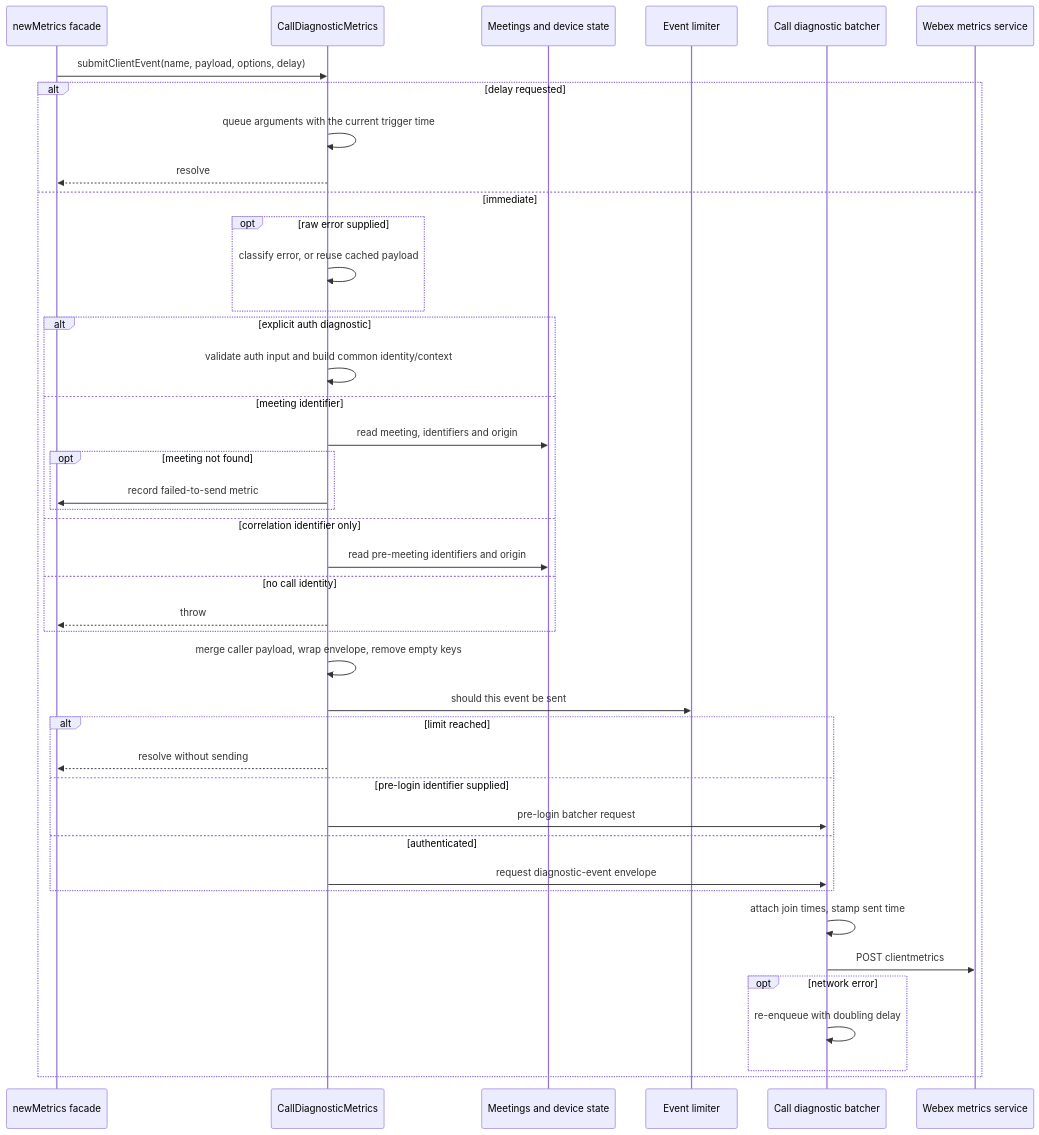
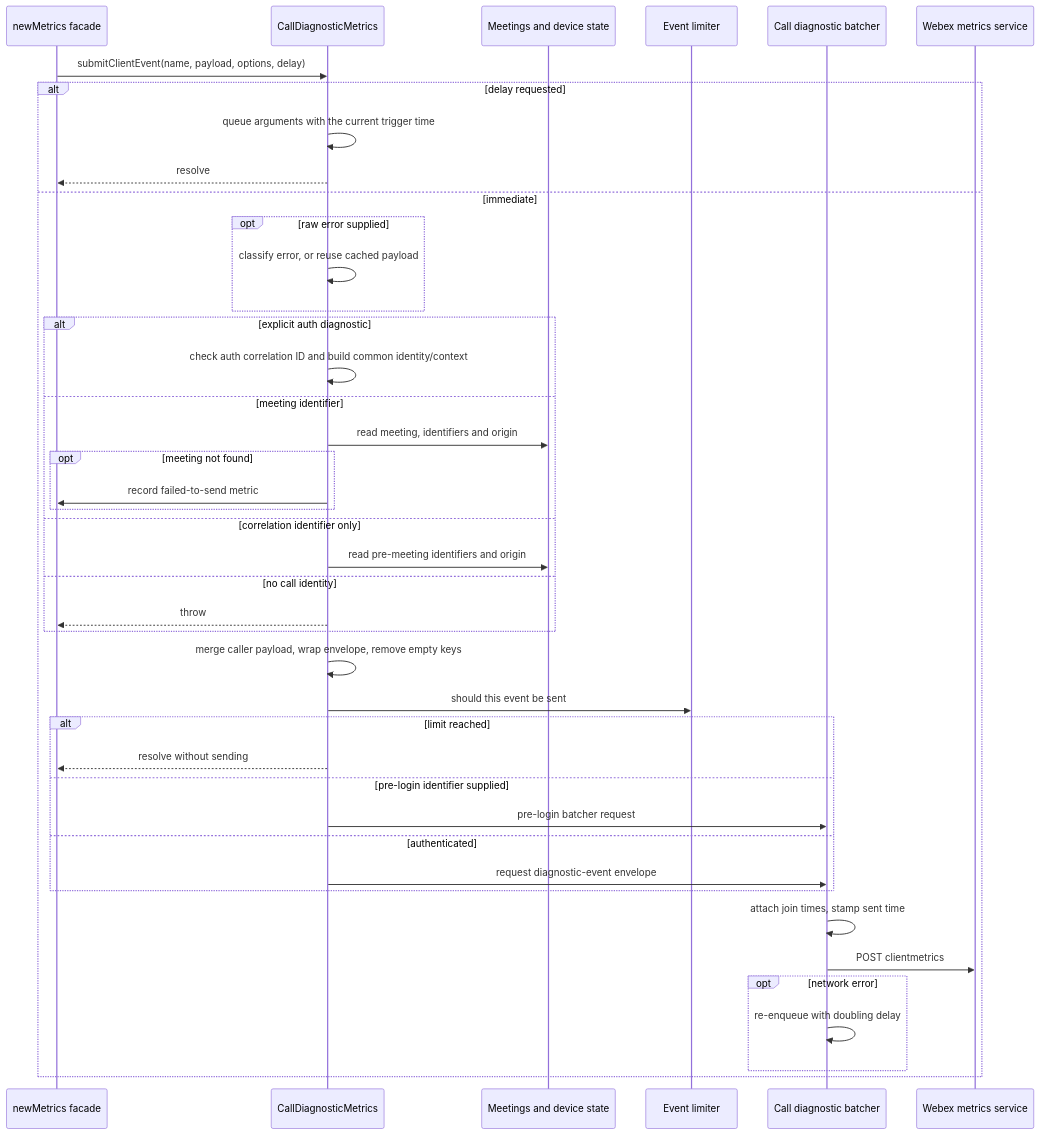
One commit to webex/webex-js-sdk changed the first of 5 diagrams in packages/@webex/internal-plugin-metrics/src/call-diagnostic/docs/README.md. Above: the diagram before and after it, drawn with Mermaid. The commit also changed other lines of this file and 7 other files, not shown here.

````diff
--- a/packages/@webex/internal-plugin-metrics/src/call-diagnostic/docs/README.md
+++ b/packages/@webex/internal-plugin-metrics/src/call-diagnostic/docs/README.md
@@ -228,44 +226,44 @@
 ```mermaid
 sequenceDiagram
   participant Facade as newMetrics facade
   participant CD as CallDiagnosticMetrics
   participant Host as Meetings and device state
   participant Limiter as Event limiter
   participant Batcher as Call diagnostic batcher
   participant Svc as Webex metrics service
   Facade->>CD: submitClientEvent(name, payload, options, delay)
   alt delay requested
     CD->>CD: queue arguments with the current trigger time
     CD-->>Facade: resolve
   else immediate
     opt raw error supplied
       CD->>CD: classify error, or reuse cached payload
     end
     alt explicit auth diagnostic
-      CD->>CD: validate auth input and build common identity/context
+      CD->>CD: check auth correlation ID and build common identity/context
     else meeting identifier
       CD->>Host: read meeting, identifiers and origin
       opt meeting not found
         CD->>Facade: record failed-to-send metric
       end
     else correlation identifier only
       CD->>Host: read pre-meeting identifiers and origin
     else no call identity
       CD-->>Facade: throw
     end
     CD->>CD: merge caller payload, wrap envelope, remove empty keys
     CD->>Limiter: should this event be sent
     alt limit reached
       CD-->>Facade: resolve without sending
     else pre-login identifier supplied
       CD->>Batcher: pre-login batcher request
     else authenticated
       CD->>Batcher: request diagnostic-event envelope
     end
     Batcher->>Batcher: attach join times, stamp sent time
     Batcher->>Svc: POST clientmetrics
     opt network error
       Batcher->>Batcher: re-enqueue with doubling delay
     end
   end
 ```
````
